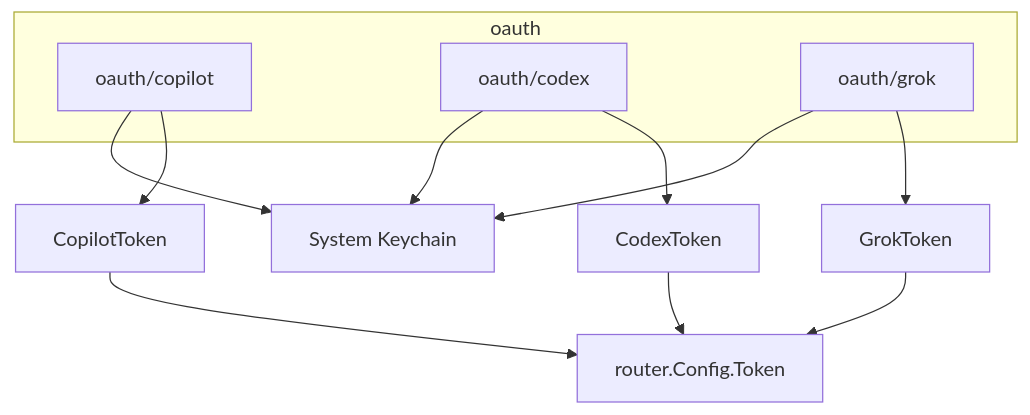
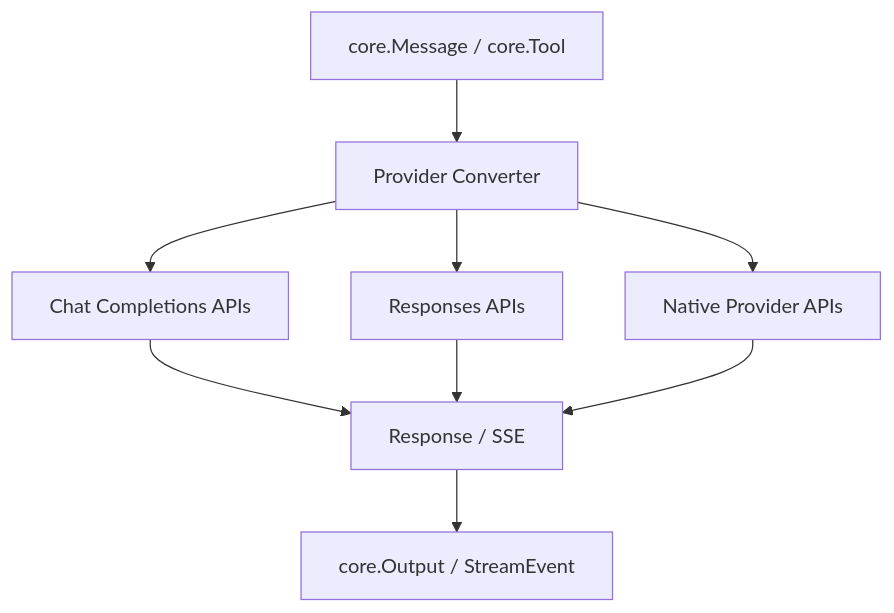
One commit to pardnchiu/go-llm-router changed the fifth of 10 diagrams in doc/architecture.md. Above: the diagram before and after it, drawn with Mermaid. The commit also changed other lines of this file and 3 other files, not shown here.

Commit message:
doc: Expand API and architecture documentation

````diff
--- a/doc/architecture.md
+++ b/doc/architecture.md
@@ -89,17 +164,19 @@
 ```mermaid
 graph TB
-    subgraph oauth
-        CopilotO[oauth/copilot]
-        CodexO[oauth/codex]
-        GrokO[oauth/grok]
-    end
-    CopilotO --> KC[System Keychain]
-    CodexO --> KC
-    GrokO --> KC
-    CopilotO --> CT[CopilotToken]
-    CodexO --> XT[CodexToken]
-    GrokO --> GT[GrokToken]
-    CT --> Router[router.Config.Token]
-    XT --> Router
-    GT --> Router
+    Core[core.Message / core.Tool]
+    Convert[Provider Converter]
+    Chat[Chat Completions APIs]
+    Responses[Responses APIs]
+    Native[Native Provider APIs]
+    Upstream[Response / SSE]
+    Result[core.Output / StreamEvent]
+
+    Core --> Convert
+    Convert --> Chat
+    Convert --> Responses
+    Convert --> Native
+    Chat --> Upstream
+    Responses --> Upstream
+    Native --> Upstream
+    Upstream --> Result
 ```
````
